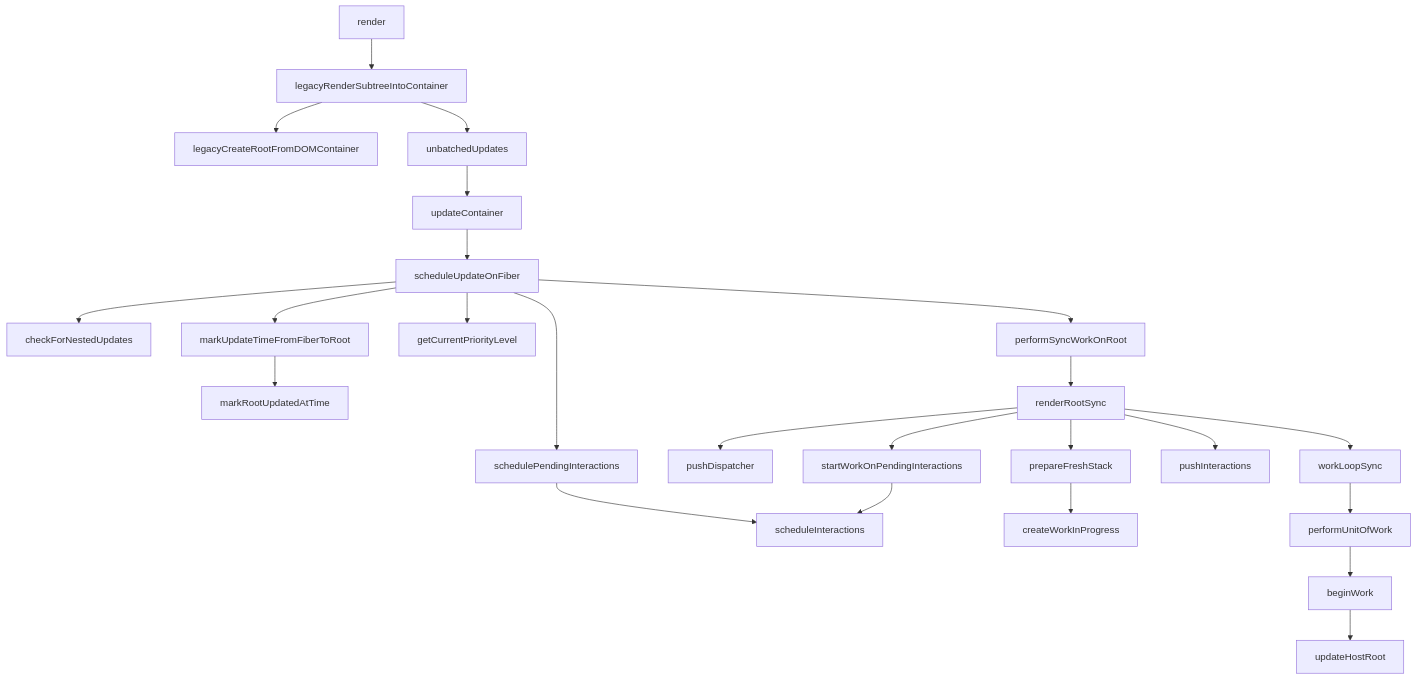
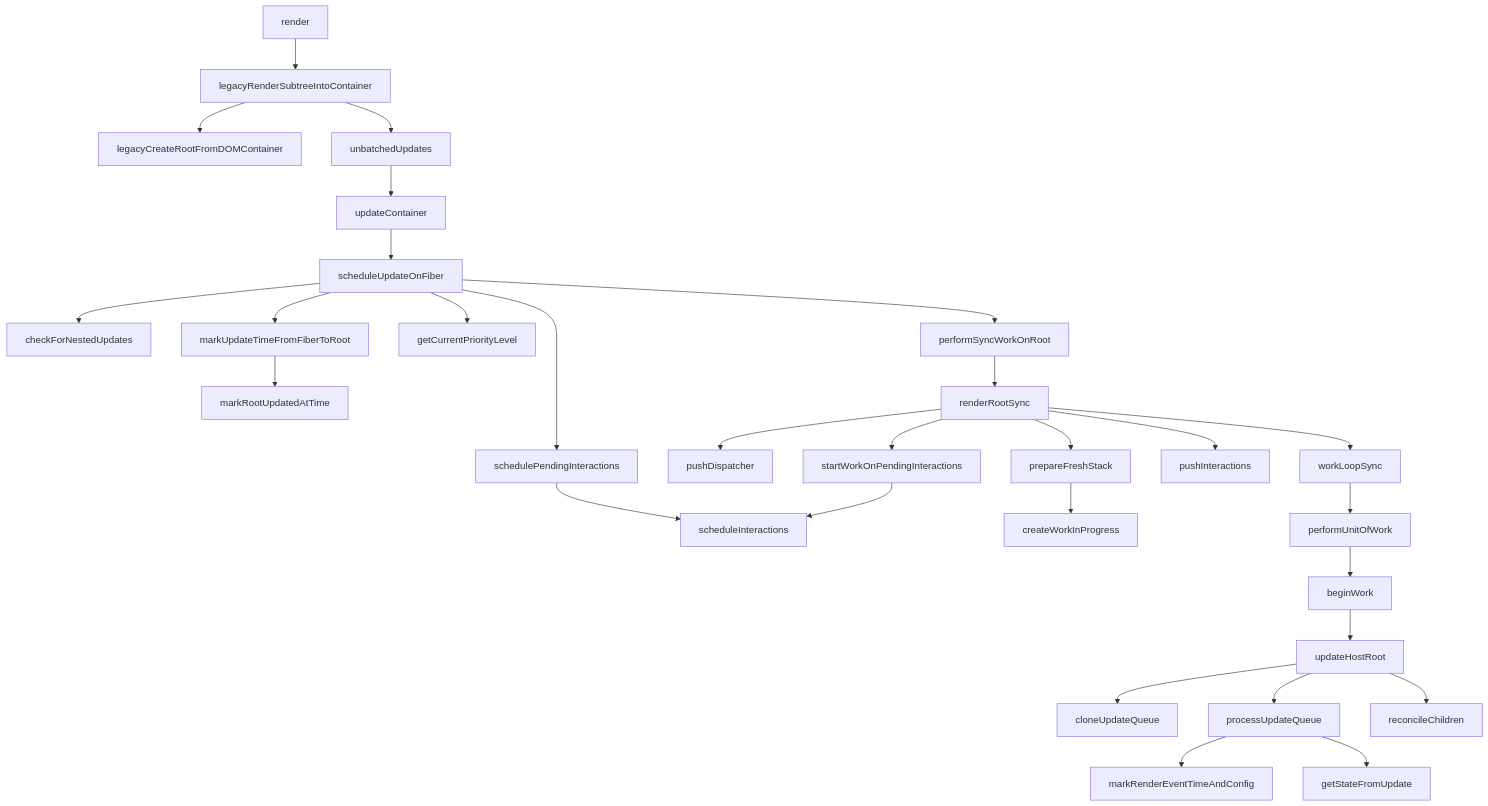
One commit to ginnko/ginnko.github.io changed the diagram in source/_posts/2020-07-15-react源码学习之首次渲染调度更新的过程.md. Above: the diagram before and after it, drawn with Mermaid. The commit also changed other lines of this file, not shown here.

````diff
--- a/source/_posts/2020-07-15-react源码学习之首次渲染调度更新的过程.md
+++ b/source/_posts/2020-07-15-react源码学习之首次渲染调度更新的过程.md
@@ -16,27 +16,32 @@
 ```mermaid
 graph TD;
 
   render --> legacyRenderSubtreeIntoContainer;
   legacyRenderSubtreeIntoContainer --> legacyCreateRootFromDOMContainer;
   legacyRenderSubtreeIntoContainer --> unbatchedUpdates;
   unbatchedUpdates --> updateContainer;
   updateContainer --> scheduleUpdateOnFiber;
   scheduleUpdateOnFiber --> checkForNestedUpdates;
   scheduleUpdateOnFiber --> markUpdateTimeFromFiberToRoot;
   markUpdateTimeFromFiberToRoot --> markRootUpdatedAtTime;
   scheduleUpdateOnFiber --> getCurrentPriorityLevel;
   scheduleUpdateOnFiber --> schedulePendingInteractions;
   schedulePendingInteractions --> scheduleInteractions;
   scheduleUpdateOnFiber --> performSyncWorkOnRoot;
   performSyncWorkOnRoot --> renderRootSync;
   renderRootSync --> pushDispatcher;
   renderRootSync --> prepareFreshStack;
   prepareFreshStack --> createWorkInProgress;
   renderRootSync --> startWorkOnPendingInteractions;
   startWorkOnPendingInteractions --> scheduleInteractions;
   renderRootSync --> pushInteractions;
   renderRootSync --> workLoopSync;
   workLoopSync --> performUnitOfWork;
   performUnitOfWork --> beginWork;
   beginWork --> updateHostRoot;
+  updateHostRoot --> cloneUpdateQueue;
+  updateHostRoot --> processUpdateQueue;
+  processUpdateQueue --> markRenderEventTimeAndConfig;
+  processUpdateQueue --> getStateFromUpdate;
+  updateHostRoot --> reconcileChildren;
 ```
````
